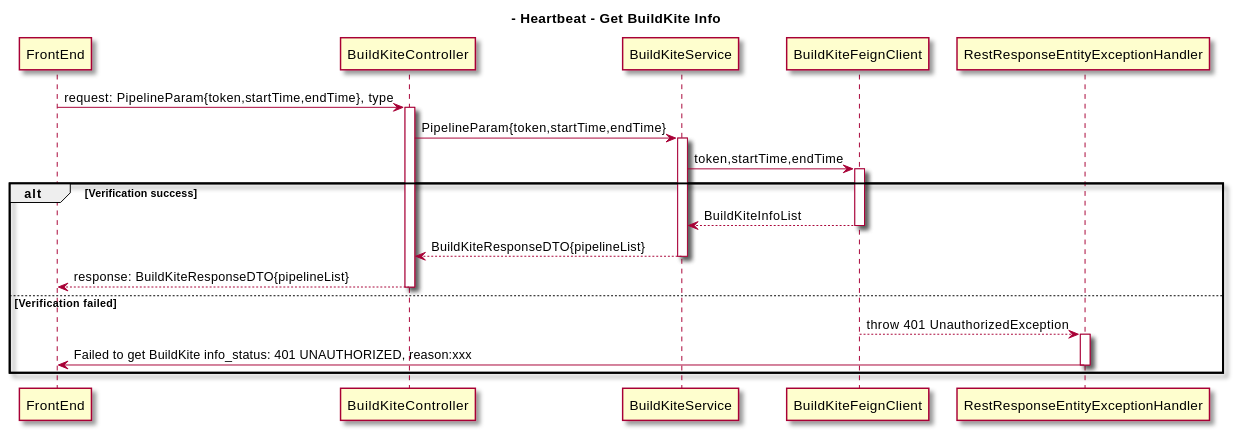
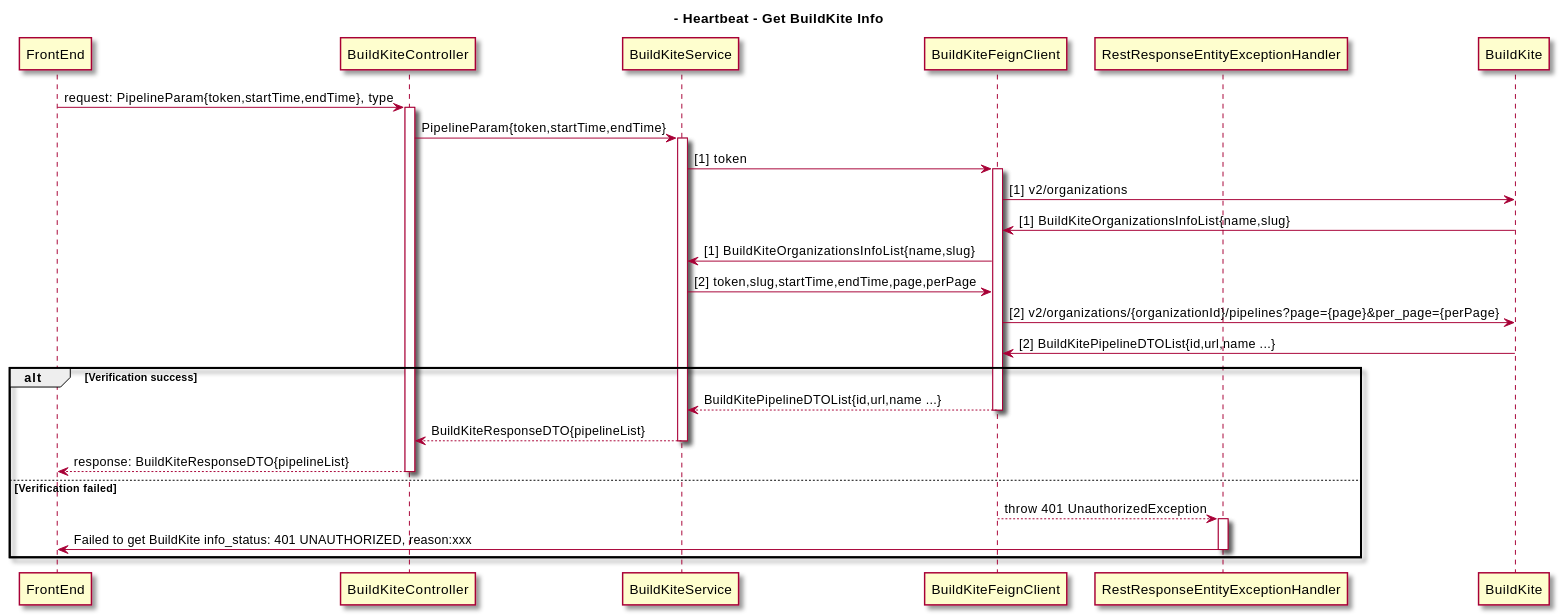
The third of 3 diagrams in docs/src/content/docs/en/spikes/tech-spikes-split-verify-of-buildkite.mdx (thoughtworks/HeartBeat), drawn with PlantUML before and after one commit. The commit also changed other lines of this file, not shown here.

````diff
--- a/docs/src/content/docs/en/spikes/tech-spikes-split-verify-of-buildkite.mdx
+++ b/docs/src/content/docs/en/spikes/tech-spikes-split-verify-of-buildkite.mdx
@@ -96,36 +175,43 @@
 ```plantuml
 @startuml
 skin rose
 title - Heartbeat - Get BuildKite Info
 
 participant FrontEnd
 participant BuildKiteController
 participant BuildKiteService
 participant BuildKiteFeignClient
 participant RestResponseEntityExceptionHandler
+participant BuildKite
 
 ' group Get BuildKite Info
     FrontEnd -> BuildKiteController: request: PipelineParam{token,startTime,endTime}, type
     activate BuildKiteController
     BuildKiteController -> BuildKiteService: PipelineParam{token,startTime,endTime}
     activate BuildKiteService
-    BuildKiteService -> BuildKiteFeignClient: token,startTime,endTime
+    BuildKiteService -> BuildKiteFeignClient: [1] token
     activate BuildKiteFeignClient
+    BuildKiteFeignClient -> BuildKite: [1] v2/organizations
+    BuildKite -> BuildKiteFeignClient: [1] BuildKiteOrganizationsInfoList{name,slug}
+    BuildKiteFeignClient -> BuildKiteService: [1] BuildKiteOrganizationsInfoList{name,slug}
+    BuildKiteService -> BuildKiteFeignClient: [2] token,slug,startTime,endTime,page,perPage
+    BuildKiteFeignClient -> BuildKite: [2] v2/organizations/{organizationId}/pipelines?page={page}&per_page={perPage}
+    BuildKite -> BuildKiteFeignClient: [2] BuildKitePipelineDTOList{id,url,name ...}
 alt Verification success
-    BuildKiteFeignClient --> BuildKiteService: BuildKiteInfoList
+    BuildKiteFeignClient --> BuildKiteService: BuildKitePipelineDTOList{id,url,name ...}
     deactivate BuildKiteFeignClient
     BuildKiteService --> BuildKiteController: BuildKiteResponseDTO{pipelineList}
     deactivate BuildKiteService
     BuildKiteController --> FrontEnd: response: BuildKiteResponseDTO{pipelineList}
     deactivate BuildKiteController
 else Verification failed
     BuildKiteFeignClient --> RestResponseEntityExceptionHandler: throw 401 UnauthorizedException
     deactivate BuildKiteFeignClient
     activate RestResponseEntityExceptionHandler
     RestResponseEntityExceptionHandler -> FrontEnd: Failed to get BuildKite info_status: 401 UNAUTHORIZED, reason:xxx
     deactivate RestResponseEntityExceptionHandler
     ' deactivate BuildKiteService
     ' deactivate BuildKiteController
 end
 @enduml
 ```
````
